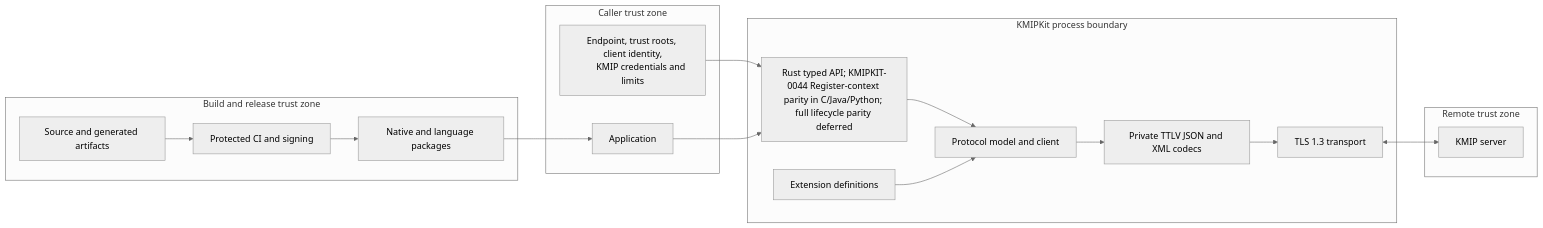
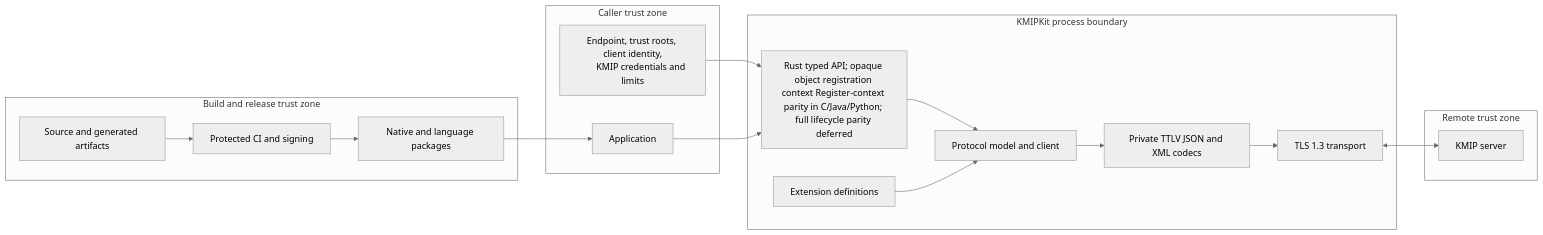
The diagram in docs/security/threat-model.md (NeverWe1come/KMIPKit), drawn with Mermaid (neutral theme) before and after one commit. The commit also changed other lines of this file and 542 other files, not shown here.

````diff
--- a/docs/security/threat-model.md
+++ b/docs/security/threat-model.md
@@ -59,28 +59,28 @@
 ```mermaid
 flowchart LR
     subgraph Caller[Caller trust zone]
         App[Application]
         Config[Endpoint, trust roots, client identity,
         KMIP credentials and limits]
     end
     subgraph Native[KMIPKit process boundary]
-        Binding[Rust typed API; KMIPKIT-0044 Register-context parity in C/Java/Python; full lifecycle parity deferred]
+        Binding[Rust typed API; opaque object registration context Register-context parity in C/Java/Python; full lifecycle parity deferred]
         Core[Protocol model and client]
         Parser[Private TTLV JSON and XML codecs]
         TLS[TLS 1.3 transport]
         Ext[Extension definitions]
     end
     subgraph Remote[Remote trust zone]
         Server[KMIP server]
     end
     subgraph Supply[Build and release trust zone]
         Source[Source and generated artifacts]
         CI[Protected CI and signing]
         Package[Native and language packages]
     end
 
     Config --> Binding
     App --> Binding --> Core --> Parser --> TLS <--> Server
     Ext --> Core
     Source --> CI --> Package --> App
 ```
````
